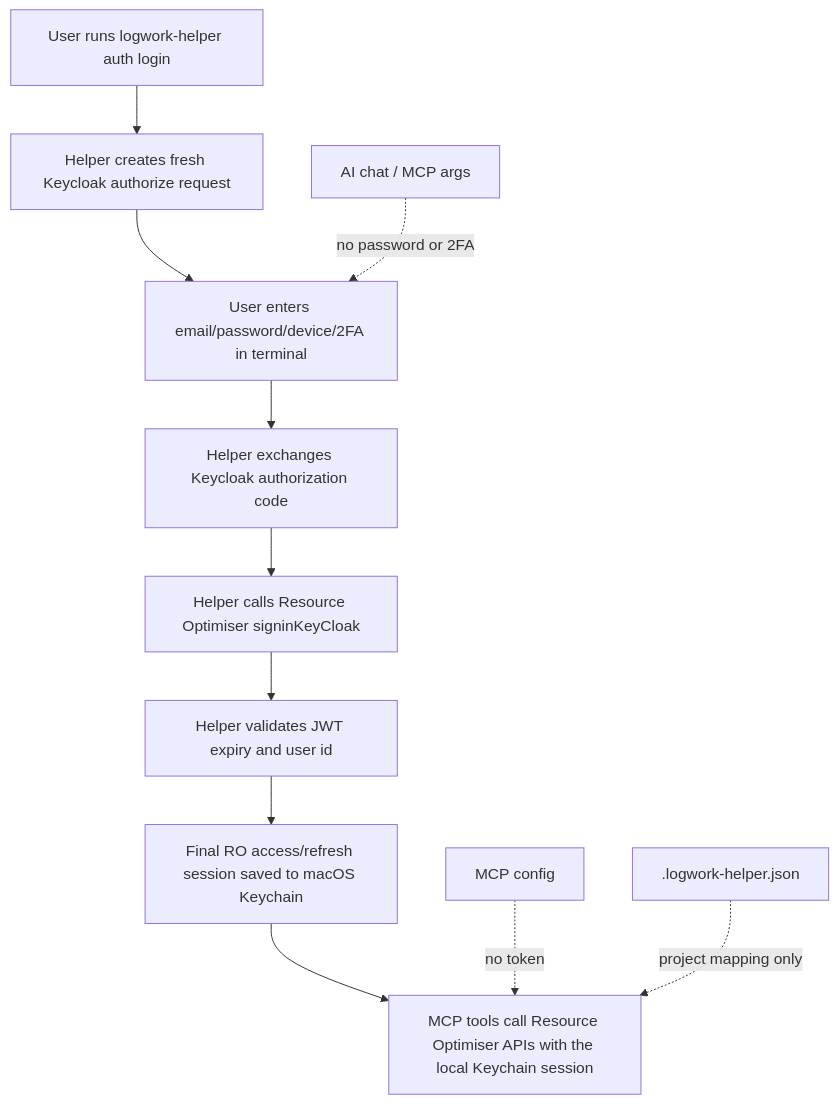
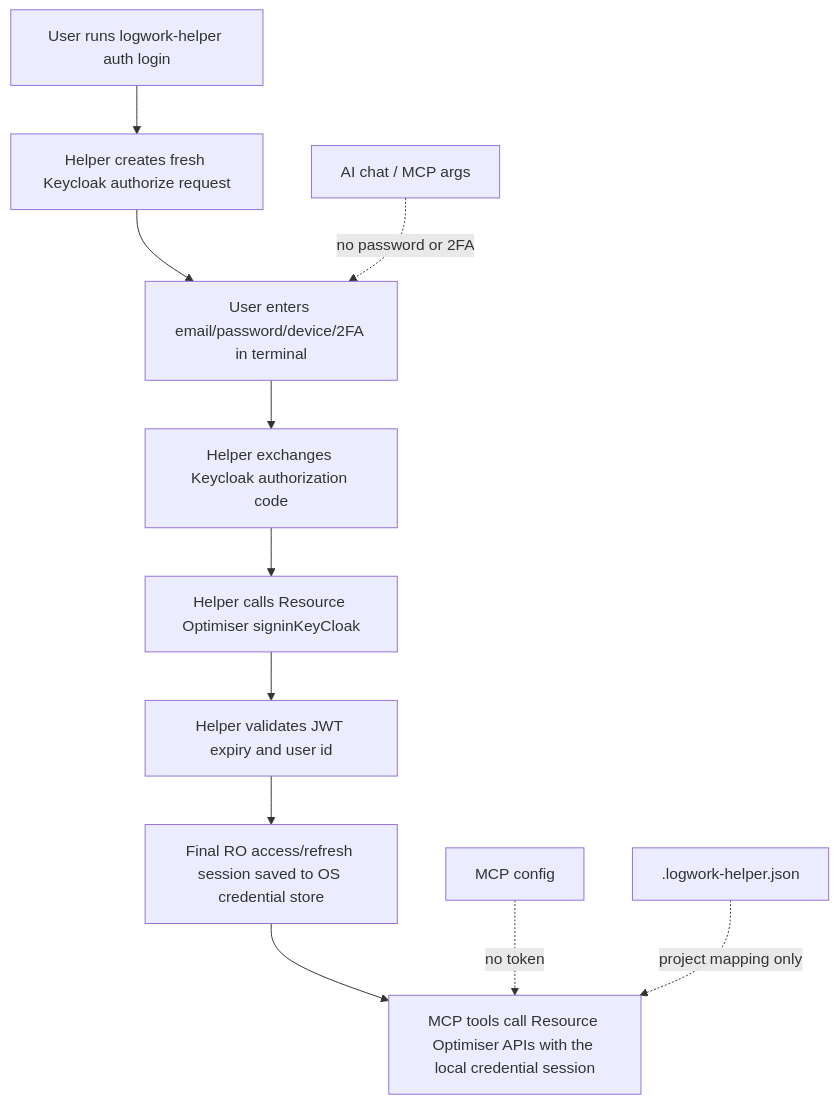
The diagram in docs/security.md (tructran2598/logwork-helper), drawn with Mermaid before and after one commit. The commit also changed other lines of this file and 26 other files, not shown here.

````diff
--- a/docs/security.md
+++ b/docs/security.md
@@ -46,14 +46,14 @@
 ```mermaid
 flowchart TD
   A["User runs logwork-helper auth login"] --> B["Helper creates fresh Keycloak authorize request"]
   B --> C["User enters email/password/device/2FA in terminal"]
   C --> D["Helper exchanges Keycloak authorization code"]
   D --> E["Helper calls Resource Optimiser signinKeyCloak"]
   E --> F["Helper validates JWT expiry and user id"]
-  F --> G["Final RO access/refresh session saved to macOS Keychain"]
-  G --> H["MCP tools call Resource Optimiser APIs with the local Keychain session"]
+  F --> G["Final RO access/refresh session saved to OS credential store"]
+  G --> H["MCP tools call Resource Optimiser APIs with the local credential session"]
 
   I["MCP config"] -. "no token" .-> H
   J[".logwork-helper.json"] -. "project mapping only" .-> H
   K["AI chat / MCP args"] -. "no password or 2FA" .-> C
 ```
````
